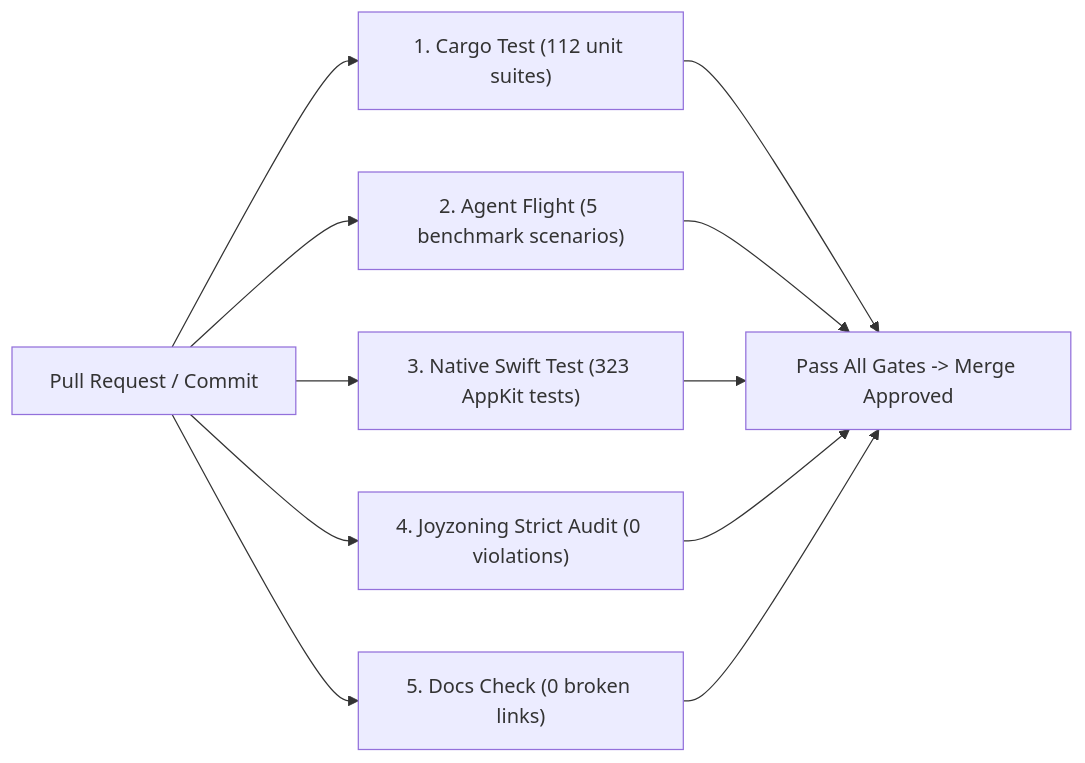
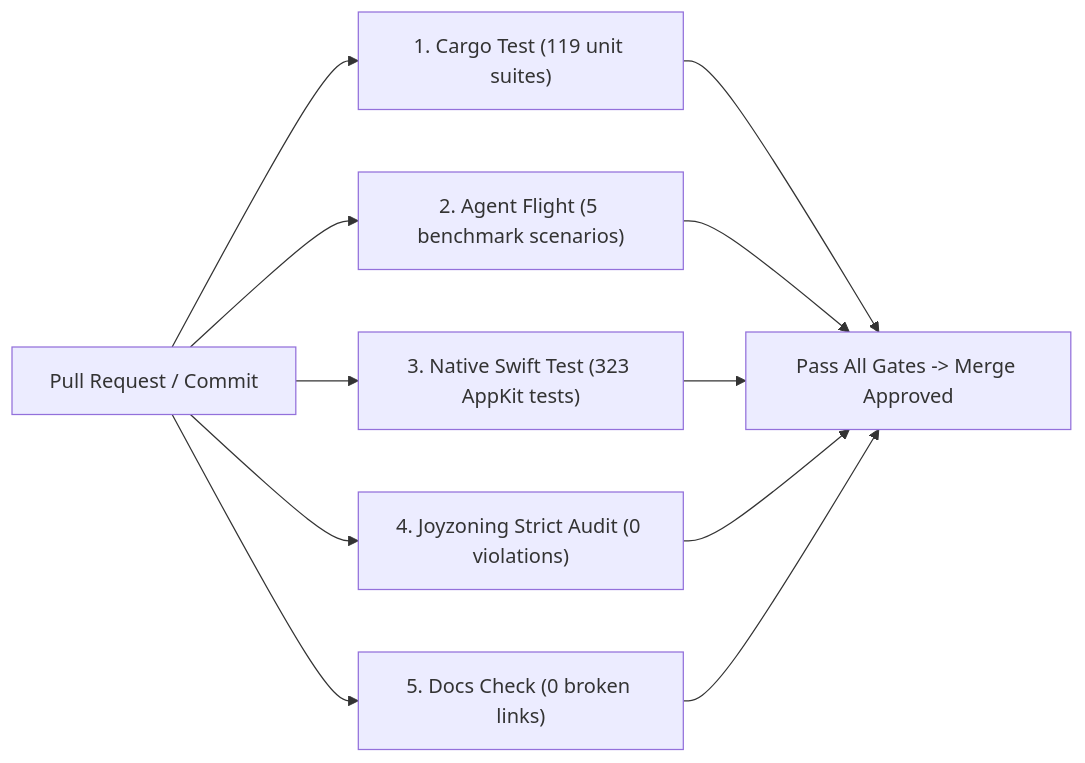
One commit to CardSorting/HEAV3NS-MICRO changed the diagram in docs/CI_INTEGRATION.md. Above: the diagram before and after it, drawn with Mermaid. The commit also changed 69 other files, not shown here.

````diff
--- a/docs/CI_INTEGRATION.md
+++ b/docs/CI_INTEGRATION.md
@@ -19,13 +19,13 @@
 ```mermaid
 flowchart LR
-  PR["Pull Request / Commit"] --> TEST["1. Cargo Test (112 unit suites)"]
+  PR["Pull Request / Commit"] --> TEST["1. Cargo Test (119 unit suites)"]
   PR --> FLIGHT["2. Agent Flight (5 benchmark scenarios)"]
   PR --> SWIFT["3. Native Swift Test (323 AppKit tests)"]
   PR --> JOY["4. Joyzoning Strict Audit (0 violations)"]
   PR --> DOCS["5. Docs Check (0 broken links)"]
   TEST --> GATE["Pass All Gates -> Merge Approved"]
   FLIGHT --> GATE
   SWIFT --> GATE
   JOY --> GATE
   DOCS --> GATE
 ```
````
